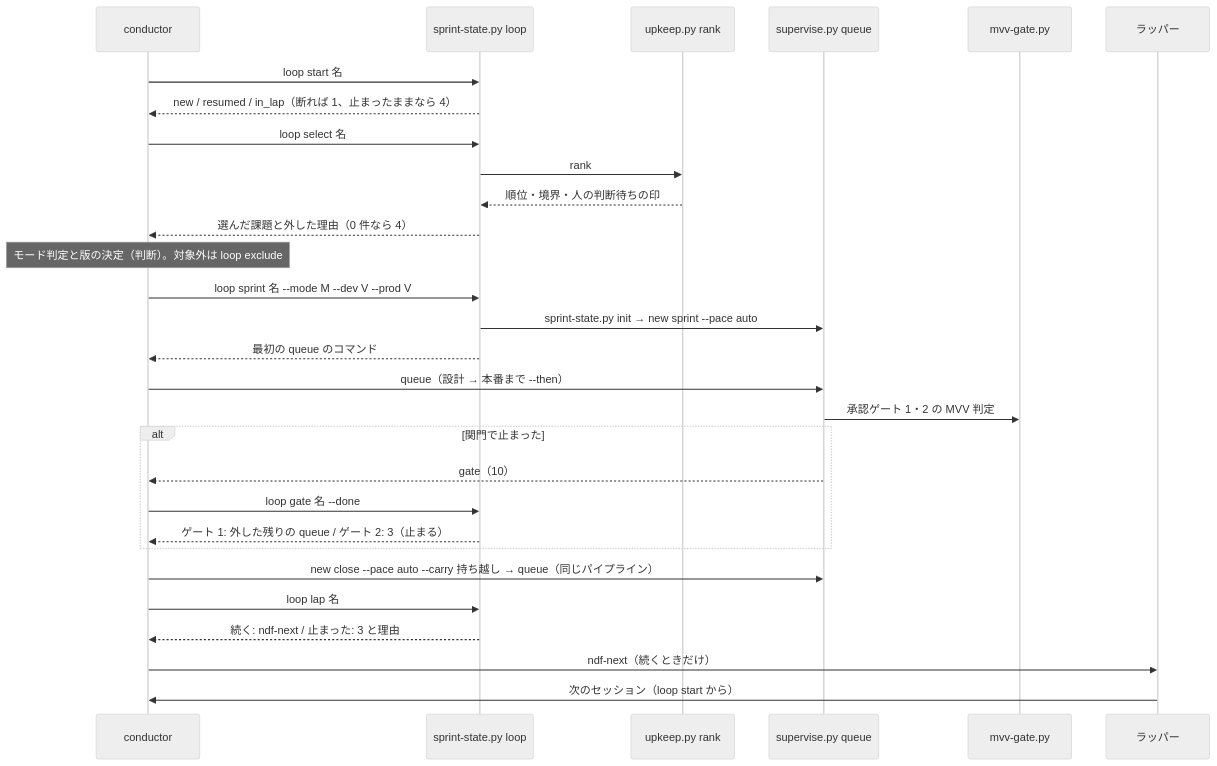
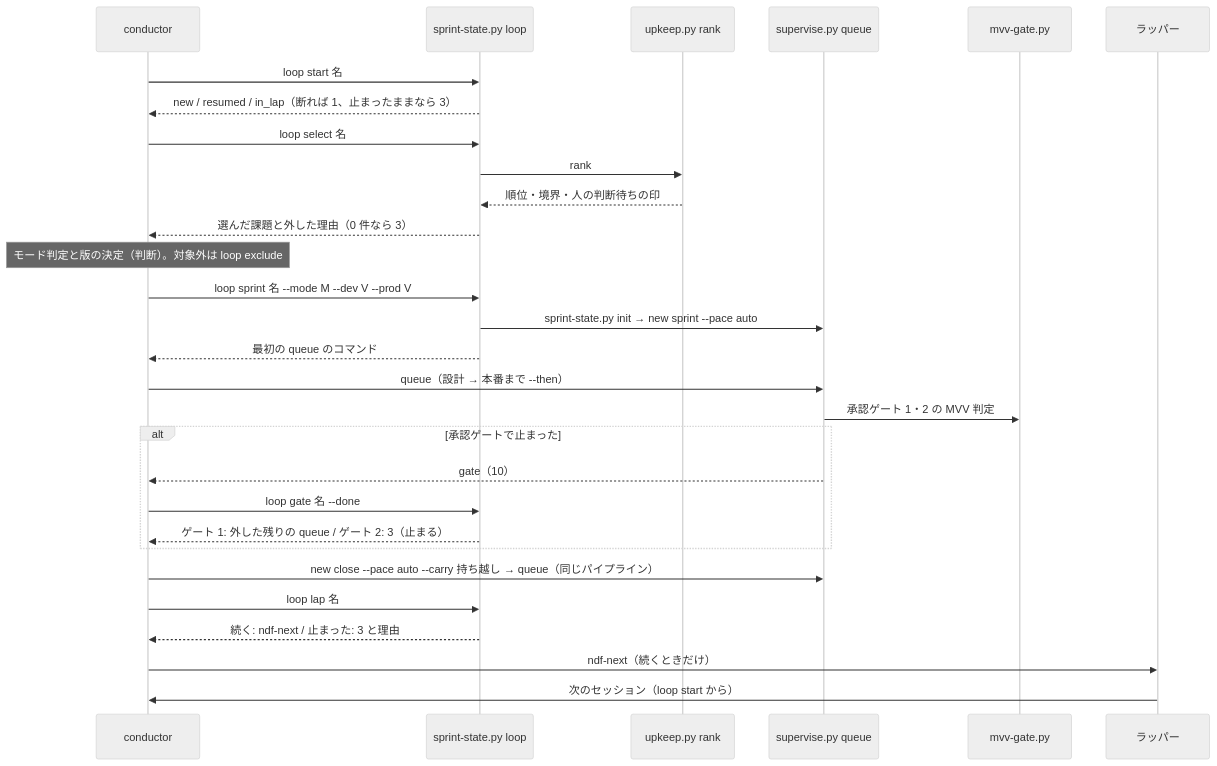
One commit to devbasex/ai-plugins changed the fifth of 6 diagrams in issues/issue-2089-design.md. Above: the diagram before and after it, drawn with Mermaid (neutral theme). The commit also changed other lines of this file, not shown here.

````diff
--- a/issues/issue-2089-design.md
+++ b/issues/issue-2089-design.md
@@ -412,31 +412,31 @@
 ```mermaid
 sequenceDiagram
     participant C as conductor
     participant S as sprint-state.py loop
     participant R as upkeep.py rank
     participant Q as supervise.py queue
     participant G as mvv-gate.py
     participant RL as ラッパー
     C->>S: loop start 名
-    S-->>C: new / resumed / in_lap（断れば 1、止まったままなら 4）
+    S-->>C: new / resumed / in_lap（断れば 1、止まったままなら 3）
     C->>S: loop select 名
     S->>R: rank
     R-->>S: 順位・境界・人の判断待ちの印
-    S-->>C: 選んだ課題と外した理由（0 件なら 4）
+    S-->>C: 選んだ課題と外した理由（0 件なら 3）
     Note over C: モード判定と版の決定（判断）。対象外は loop exclude
     C->>S: loop sprint 名 --mode M --dev V --prod V
     S->>Q: sprint-state.py init → new sprint --pace auto
     S-->>C: 最初の queue のコマンド
     C->>Q: queue（設計 → 本番まで --then）
     Q->>G: 承認ゲート 1・2 の MVV 判定
-    alt 関門で止まった
+    alt 承認ゲートで止まった
         Q-->>C: gate（10）
         C->>S: loop gate 名 --done
         S-->>C: ゲート 1: 外した残りの queue / ゲート 2: 3（止まる）
     end
     C->>Q: new close --pace auto --carry 持ち越し → queue（同じパイプライン）
     C->>S: loop lap 名
     S-->>C: 続く: ndf-next / 止まった: 3 と理由
     C->>RL: ndf-next（続くときだけ）
     RL->>C: 次のセッション（loop start から）
 ```
````
